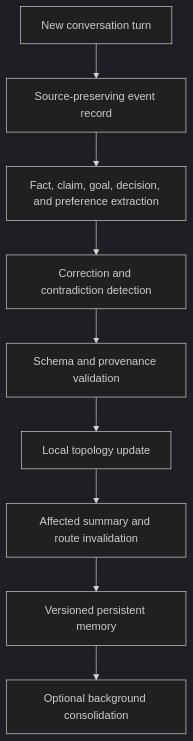
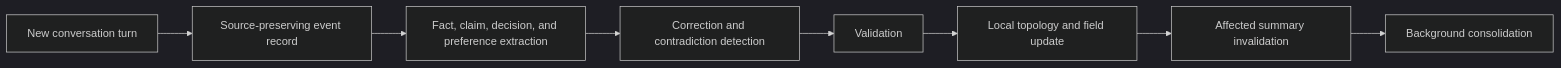
One commit to rishi-ie/LTM changed the fifth of 6 diagrams in docs/architecture.md. Above: the diagram before and after it, drawn with Mermaid (dark theme). The commit also changed other lines of this file and 84 other files, not shown here.

````diff
--- a/docs/architecture.md
+++ b/docs/architecture.md
@@ -1768,11 +974,13 @@
 ```mermaid
-flowchart TD
-    A["New conversation turn"] --> B["Source-preserving event record"]
-    B --> C["Fact, claim, goal, decision, and preference extraction"]
-    C --> D["Correction and contradiction detection"]
-    D --> E["Schema and provenance validation"]
-    E --> F["Local topology update"]
-    F --> G["Affected summary and route invalidation"]
-    G --> H["Versioned persistent memory"]
-    H --> I["Optional background consolidation"]
+flowchart LR
+    A["New conversation turn"]
+    B["Source-preserving event record"]
+    C["Fact, claim, decision, and preference extraction"]
+    D["Correction and contradiction detection"]
+    E["Validation"]
+    F["Local topology and field update"]
+    G["Affected summary invalidation"]
+    H["Background consolidation"]
+
+    A --> B --> C --> D --> E --> F --> G --> H
 ```
````
